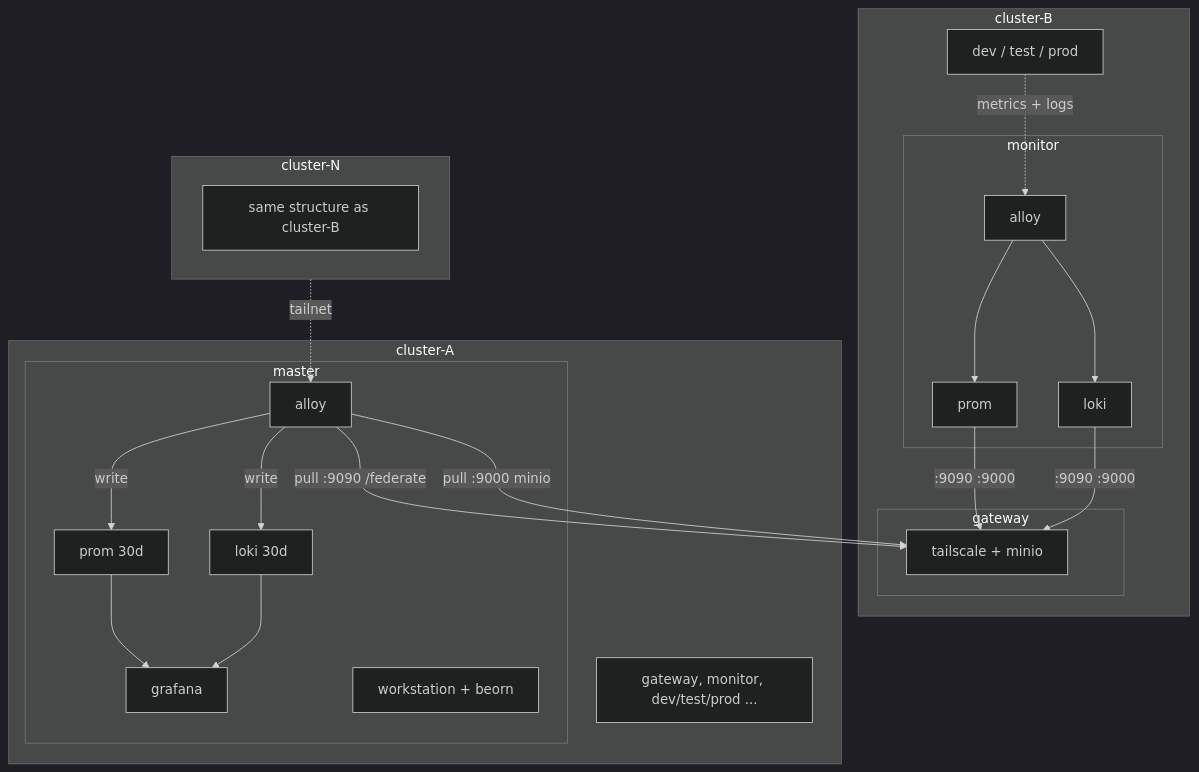
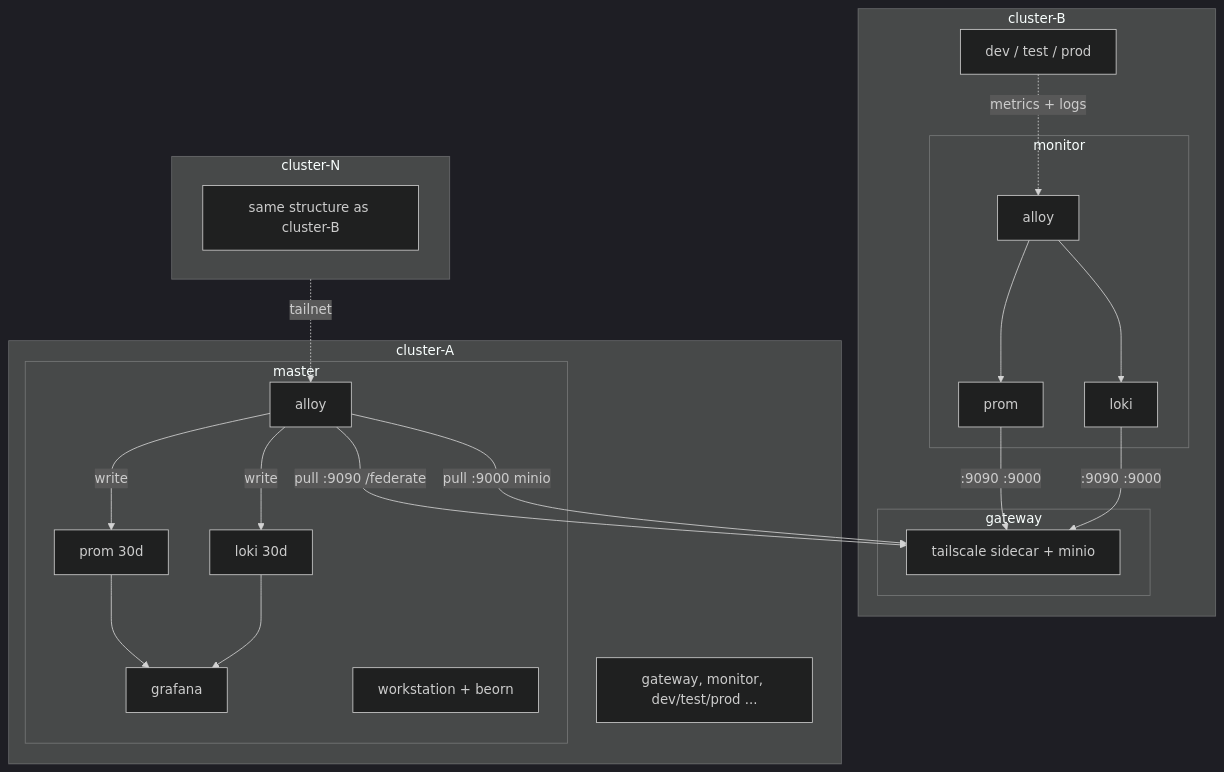
One commit to Kord96/kordinate changed the first of 2 diagrams in docs/infra/infrastructure.md. Above: the diagram before and after it, drawn with Mermaid (dark theme). The commit also changed other lines of this file, not shown here.

Commit message:
Rename tailscale → tailscale sidecar in diagrams

````diff
--- a/docs/infra/infrastructure.md
+++ b/docs/infra/infrastructure.md
@@ -22,31 +22,31 @@
 ```mermaid
 flowchart TB
     subgraph CB[cluster-B]
         subgraph gw-b[gateway]
-            GWT-B[tailscale + minio]
+            GWT-B[tailscale sidecar + minio]
         end
         subgraph mon-b[monitor]
             AL-B[alloy] --> PR-B[prom] & LK-B[loki]
         end
         ENV-B[dev / test / prod] -.->|metrics + logs| AL-B
         PR-B & LK-B -->|:9090 :9000| GWT-B
     end
 
     subgraph CA[cluster-A]
         subgraph master[master]
             MA[alloy]
             MA -->|write| MP[prom 30d] & ML[loki 30d]
             MP & ML --> G[grafana]
             WS[workstation + beorn]
         end
         CA-OTHER[gateway, monitor, dev/test/prod ...]
     end
 
     subgraph CN[cluster-N]
         CN-INNER[same structure as cluster-B]
     end
 
     MA -->|pull :9090 /federate| GWT-B
     MA -->|pull :9000 minio| GWT-B
     CN -.->|tailnet| MA
 ```
````
